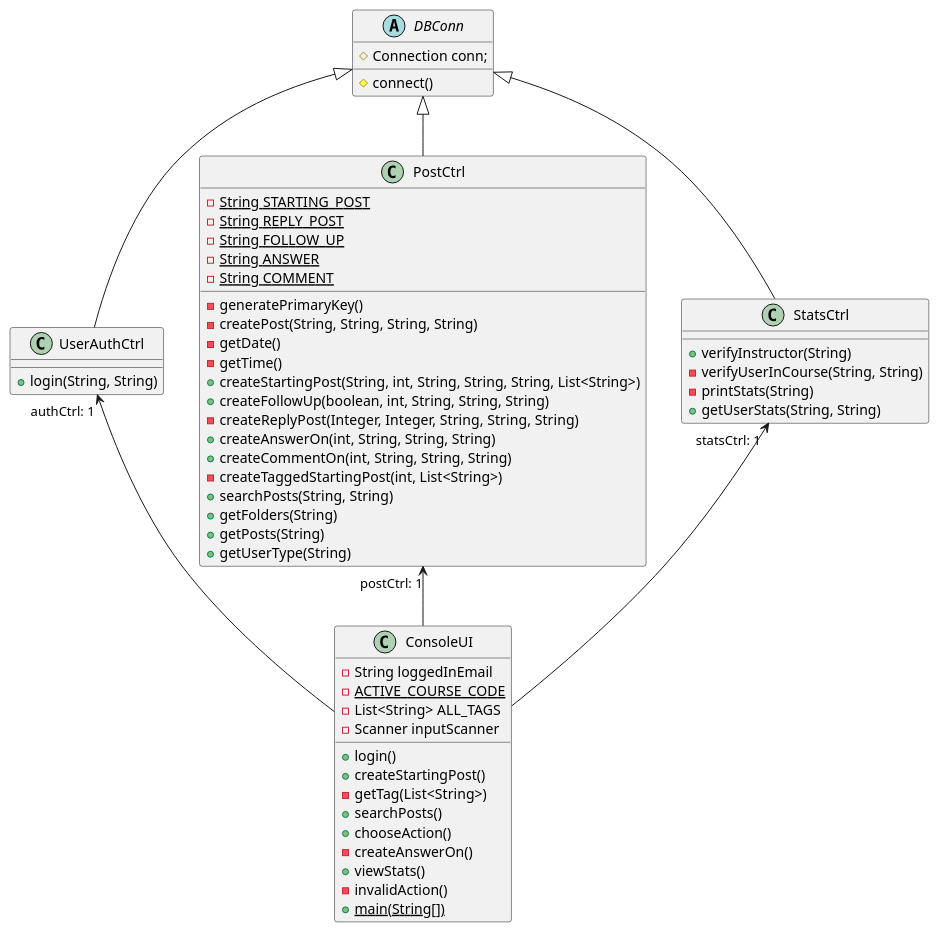
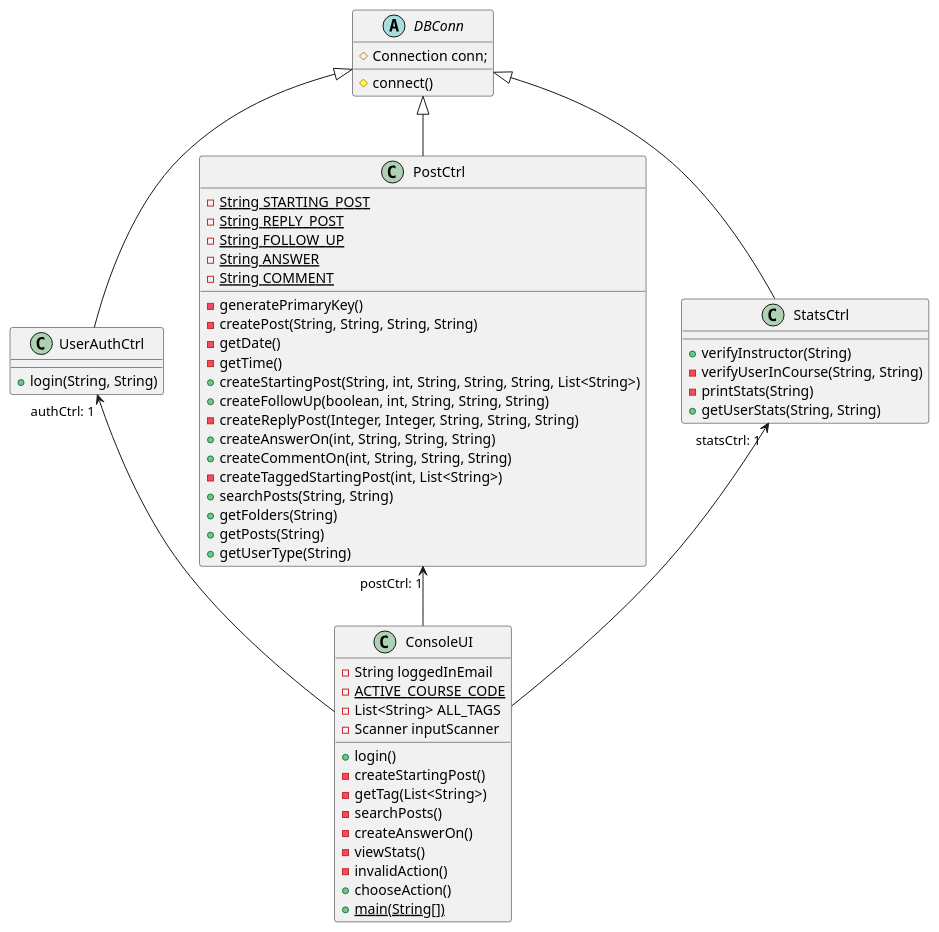
One commit to kavusiks/ForumDatabase changed the diagram in Piazza/src/Documentations/ClassDiagram.puml. Above: the diagram before and after it, drawn with PlantUML. The commit also changed 3 other files, not shown here.

```diff
--- a/Piazza/src/Documentations/ClassDiagram.puml
+++ b/Piazza/src/Documentations/ClassDiagram.puml
@@ -1,74 +1,74 @@
 @startuml
 
 abstract class DBConn
 class UserAuthCtrl
 class PostCtrl
 class StatsCtrl
 class ConsoleUI
 
 DBConn <|-- UserAuthCtrl
 DBConn <|-- StatsCtrl
 DBConn <|-- PostCtrl
 UserAuthCtrl"authCtrl: 1"<--ConsoleUI
 PostCtrl"postCtrl: 1" <--ConsoleUI
 StatsCtrl"statsCtrl: 1"<--ConsoleUI
 
 
 
 abstract class DBConn {
 #Connection conn;
 #connect()
 }
 
 class UserAuthCtrl {
 +login(String, String)
 }
 
 class PostCtrl {
 -{static} String STARTING_POST
 -{static} String REPLY_POST
 -{static} String FOLLOW_UP
 -{static} String ANSWER
 -{static} String COMMENT
 -generatePrimaryKey()
 -createPost(String, String, String, String)
 -getDate()
 -getTime()
 +createStartingPost(String, int, String, String, String, List<String>)
 +createFollowUp(boolean, int, String, String, String)
 -createReplyPost(Integer, Integer, String, String, String)
 +createAnswerOn(int, String, String, String)
 +createCommentOn(int, String, String, String)
 -createTaggedStartingPost(int, List<String>)
 +searchPosts(String, String)
 +getFolders(String)
 +getPosts(String)
 +getUserType(String)
 }
 
 class StatsCtrl {
 +verifyInstructor(String)
 -verifyUserInCourse(String, String)
 -printStats(String)
 +getUserStats(String, String)
 }
 
 class ConsoleUI {
 -String loggedInEmail
 -{static}ACTIVE_COURSE_CODE
 -List<String> ALL_TAGS
 -Scanner inputScanner
 +login()
-+createStartingPost()
+-createStartingPost()
 -getTag(List<String>)
-+searchPosts()
+-searchPosts()
+-createAnswerOn()
+-viewStats()
+-invalidAction()
 +chooseAction()
--createAnswerOn()
-+viewStats()
--invalidAction()
 +{static}main(String[])
 }
 
 
 
 @enduml
```
